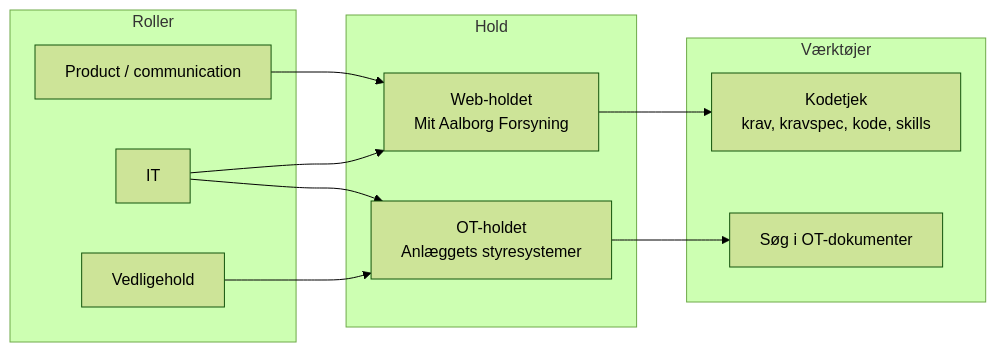
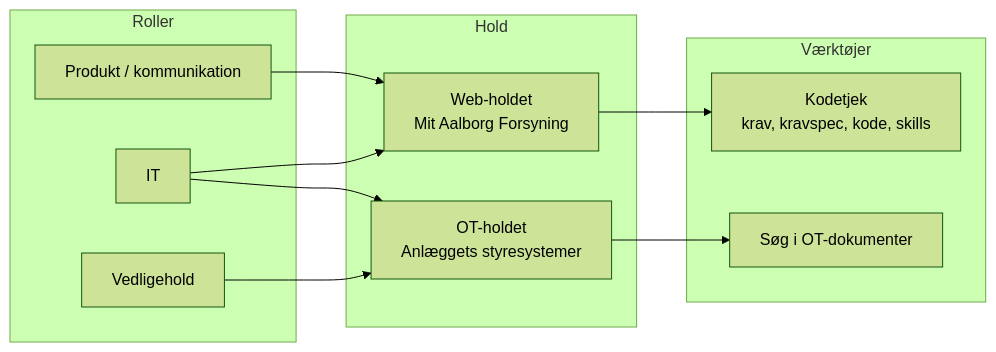
One commit to AlexanderThomsen0339/agent-anatomy-poc changed the seventh of 10 diagrams in AIPlatform/DEMO.md. Above: the diagram before and after it, drawn with Mermaid (forest theme). The commit also changed other lines of this file and 5 other files, not shown here.

````diff
--- a/AIPlatform/DEMO.md
+++ b/AIPlatform/DEMO.md
@@ -218,22 +218,22 @@
 ```mermaid
 flowchart LR
     subgraph Roller
-        P["Product / communication"]
+        P["Produkt / kommunikation"]
         I["IT"]
         V["Vedligehold"]
     end
     subgraph Hold
         WEB["Web-holdet<br/>Mit Aalborg Forsyning"]
         OT["OT-holdet<br/>Anlæggets styresystemer"]
     end
     subgraph Værktøjer
         CT["Kodetjek<br/>krav, kravspec, kode, skills"]
         OD["Søg i OT-dokumenter"]
     end
     P --> WEB
     I --> WEB
     I --> OT
     V --> OT
     WEB --> CT
     OT --> OD
 ```
````
